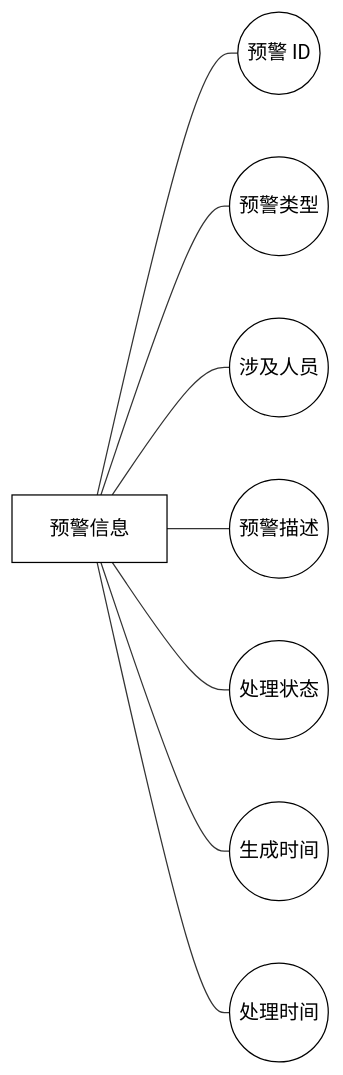
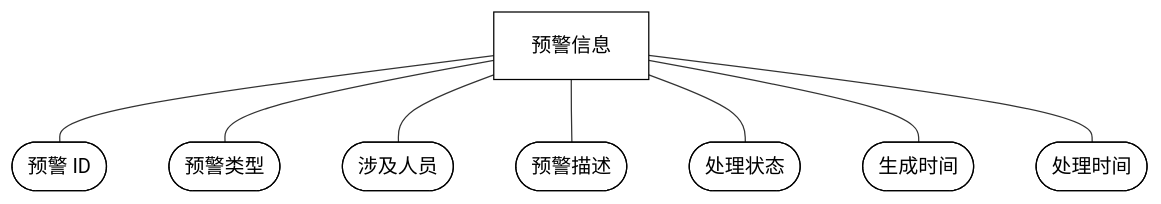
Before and after one commit to carl-Tu/campus-management: diagram 29 of 31 in docs/功能需求分析与用例图.md, drawn with Mermaid. The commit also changed other lines of this file, not shown here.

Commit message:
docs：E-R图字段改为椭圆形，结构改为实体在上、字段在下的上下结构

````diff
--- a/docs/功能需求分析与用例图.md
+++ b/docs/功能需求分析与用例图.md
@@ -1150,22 +1150,22 @@
 ```mermaid
-flowchart LR
+flowchart TD
   E["预警信息"]
-  A1((预警 ID))
-  A2((预警类型))
-  A3((涉及人员))
-  A4((预警描述))
-  A5((处理状态))
-  A6((生成时间))
-  A7((处理时间))
+  A1([预警 ID])
+  A2([预警类型])
+  A3([涉及人员])
+  A4([预警描述])
+  A5([处理状态])
+  A6([生成时间])
+  A7([处理时间])
 
   E --- A1
   E --- A2
   E --- A3
   E --- A4
   E --- A5
   E --- A6
   E --- A7
 
   classDef box fill:#ffffff,stroke:#000000,stroke-width:1px,color:#000000
   class E,A1,A2,A3,A4,A5,A6,A7 box
 ```
````
